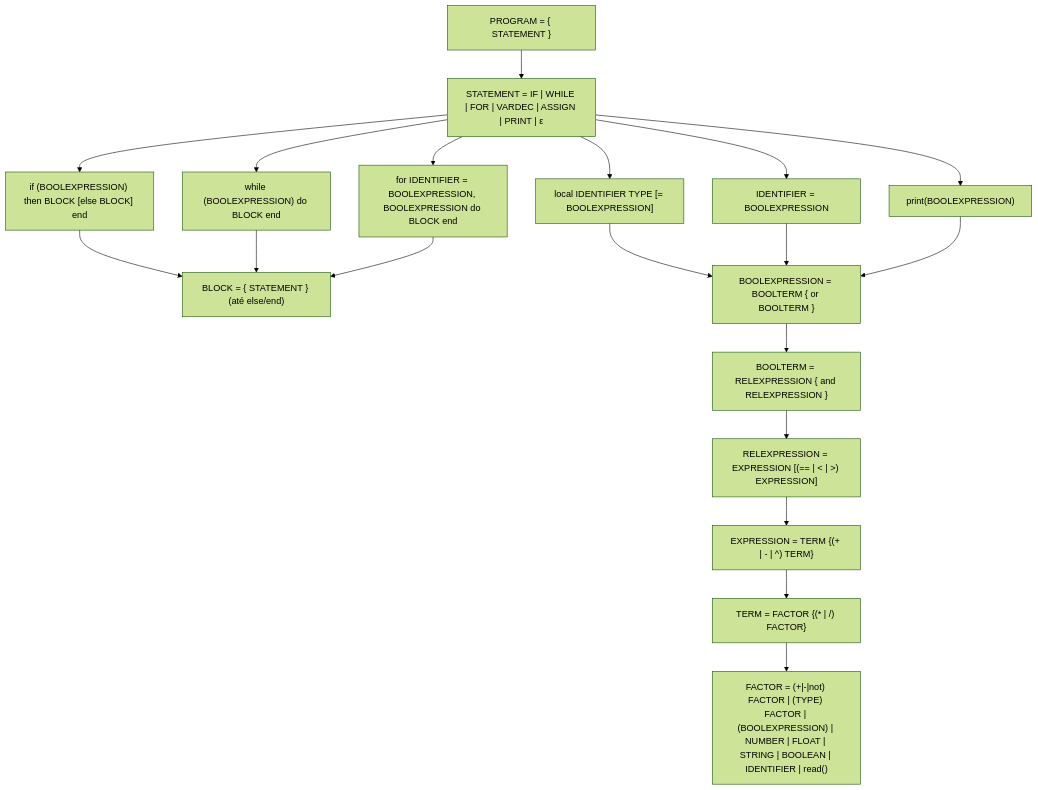
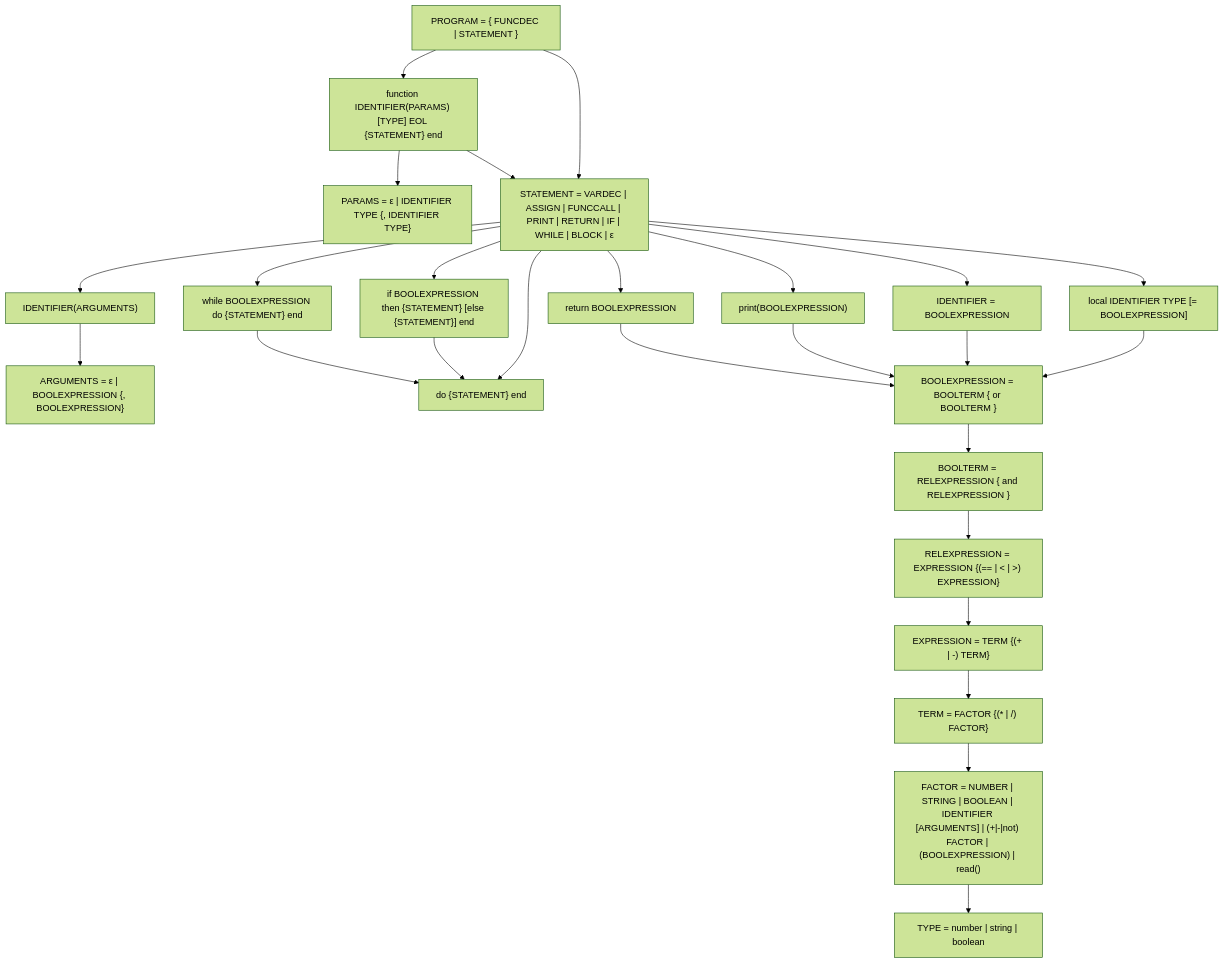
Before and after one commit to viniciusgomes2005/logcomp-dart-compiler: the diagram in README.md, drawn with Mermaid (forest theme). The commit also changed other lines of this file and 7 other files, not shown here.

````diff
--- a/README.md
+++ b/README.md
@@ -13,37 +13,49 @@
 ```mermaid
 flowchart TD
-  PROGRAM["PROGRAM = { STATEMENT }"]
-  STATEMENT["STATEMENT = IF | WHILE | FOR | VARDEC | ASSIGN | PRINT | ε"]
-  IFST["if (BOOLEXPRESSION) then BLOCK [else BLOCK] end"]
-  WHILEST["while (BOOLEXPRESSION) do BLOCK end"]
-  FORST["for IDENTIFIER = BOOLEXPRESSION, BOOLEXPRESSION do BLOCK end"]
+  PROGRAM["PROGRAM = { FUNCDEC | STATEMENT }"]
+  FUNCDEC["function IDENTIFIER(PARAMS) [TYPE] EOL {STATEMENT} end"]
+  PARAMS["PARAMS = ε | IDENTIFIER TYPE {, IDENTIFIER TYPE}"]
+  STATEMENT["STATEMENT = VARDEC | ASSIGN | FUNCCALL | PRINT | RETURN | IF | WHILE | BLOCK | ε"]
   VARDEC["local IDENTIFIER TYPE [= BOOLEXPRESSION]"]
   ASSIGN["IDENTIFIER = BOOLEXPRESSION"]
+  FUNCCALL["IDENTIFIER(ARGUMENTS)"]
+  ARGUMENTS["ARGUMENTS = ε | BOOLEXPRESSION {, BOOLEXPRESSION}"]
   PRINT["print(BOOLEXPRESSION)"]
-  BLOCK["BLOCK = { STATEMENT } (até else/end)"]
+  RETURN["return BOOLEXPRESSION"]
+  IFST["if BOOLEXPRESSION then {STATEMENT} [else {STATEMENT}] end"]
+  WHILEST["while BOOLEXPRESSION do {STATEMENT} end"]
+  BLOCK["do {STATEMENT} end"]
   BEXP["BOOLEXPRESSION = BOOLTERM { or BOOLTERM }"]
   BTERM["BOOLTERM = RELEXPRESSION { and RELEXPRESSION }"]
-  REXP["RELEXPRESSION = EXPRESSION [(== | < | >) EXPRESSION]"]
-  EXP["EXPRESSION = TERM {(+ | - | ^) TERM}"]
+  REXP["RELEXPRESSION = EXPRESSION {(== | < | >) EXPRESSION}"]
+  EXP["EXPRESSION = TERM {(+ | -) TERM}"]
   TERM["TERM = FACTOR {(* | /) FACTOR}"]
-  FACTOR["FACTOR = (+|-|not) FACTOR | (TYPE) FACTOR | (BOOLEXPRESSION) | NUMBER | FLOAT | STRING | BOOLEAN | IDENTIFIER | read()"]
+  FACTOR["FACTOR = NUMBER | STRING | BOOLEAN | IDENTIFIER [ARGUMENTS] | (+|-|not) FACTOR | (BOOLEXPRESSION) | read()"]
+  TYPE["TYPE = number | string | boolean"]
 
+  PROGRAM --> FUNCDEC
   PROGRAM --> STATEMENT
+  FUNCDEC --> PARAMS
+  FUNCDEC --> STATEMENT
   STATEMENT --> IFST
   STATEMENT --> WHILEST
-  STATEMENT --> FORST
+  STATEMENT --> BLOCK
   STATEMENT --> VARDEC
   STATEMENT --> ASSIGN
+  STATEMENT --> FUNCCALL
   STATEMENT --> PRINT
+  STATEMENT --> RETURN
+  FUNCCALL --> ARGUMENTS
   IFST --> BLOCK
   WHILEST --> BLOCK
-  FORST --> BLOCK
   VARDEC --> BEXP
   ASSIGN --> BEXP
   PRINT --> BEXP
+  RETURN --> BEXP
   BEXP --> BTERM
   BTERM --> REXP
   REXP --> EXP
   EXP --> TERM
   TERM --> FACTOR
+  FACTOR --> TYPE
 ```
````
